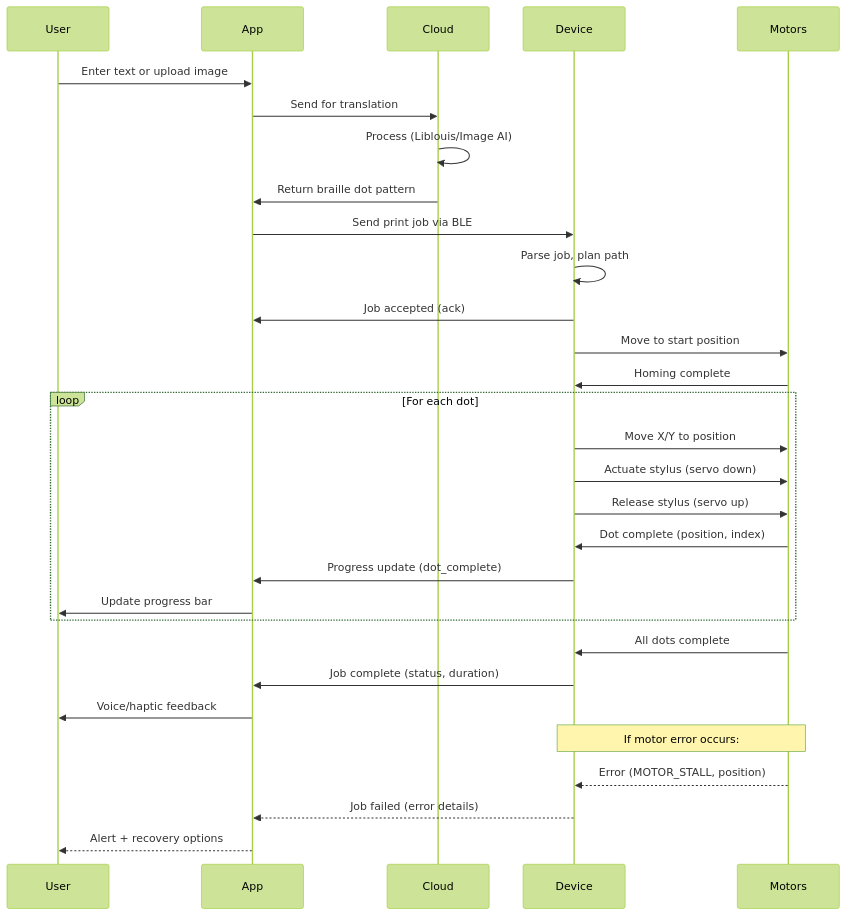
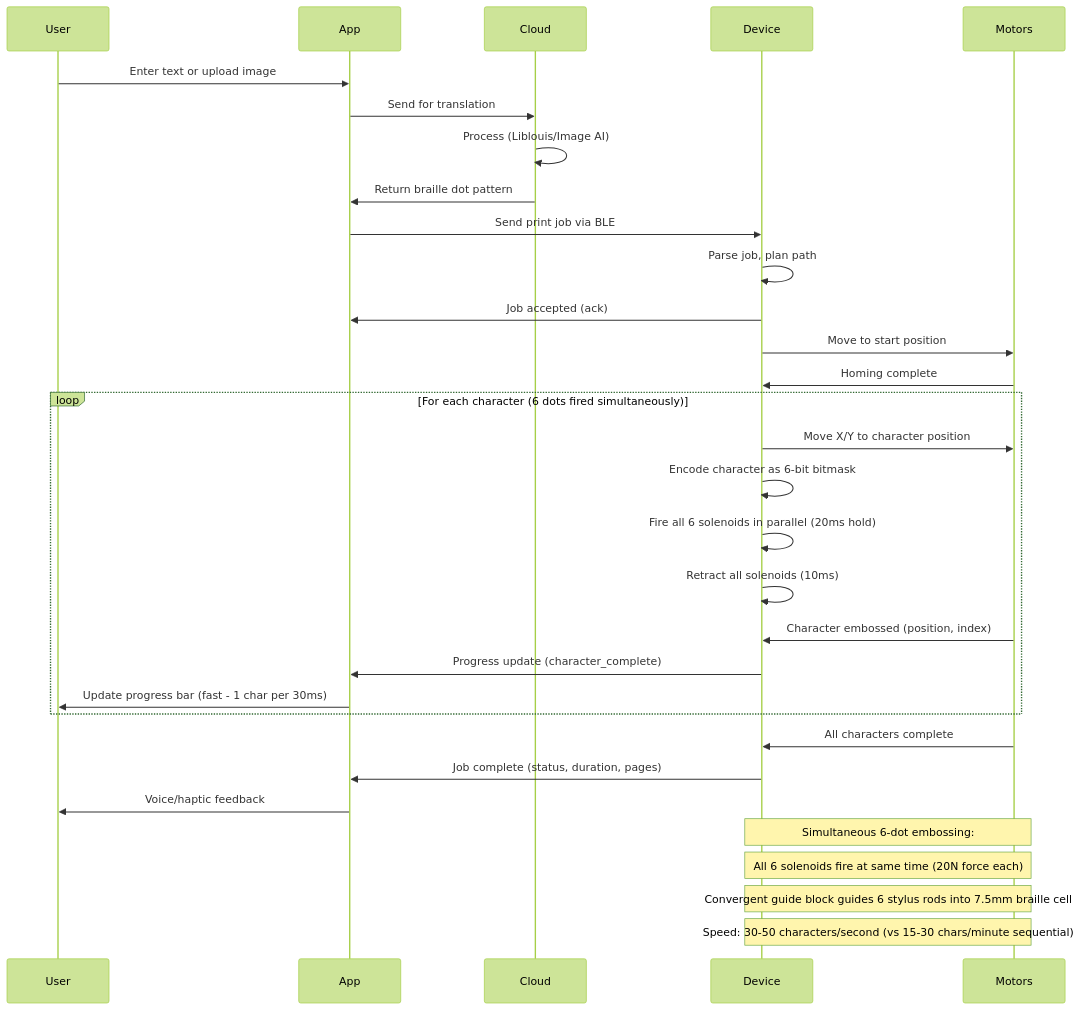
One commit to vikrantwiz02/DFP-13 changed the second of 5 diagrams in 04_System_Architecture.md. Above: the diagram before and after it, drawn with Mermaid (forest theme). The commit also changed other lines of this file and 5 other files, not shown here.

First line of the commit message:
Enhance mobile app specification and timeline milestones

````diff
--- a/04_System_Architecture.md
+++ b/04_System_Architecture.md
@@ -84,36 +84,37 @@
 ```mermaid
 sequenceDiagram
     participant User
     participant App
     participant Cloud
     participant Device
     participant Motors
     
     User->>App: Enter text or upload image
     App->>Cloud: Send for translation
     Cloud->>Cloud: Process (Liblouis/Image AI)
     Cloud->>App: Return braille dot pattern
     App->>Device: Send print job via BLE
     Device->>Device: Parse job, plan path
     Device->>App: Job accepted (ack)
     Device->>Motors: Move to start position
     Motors->>Device: Homing complete
     
-    loop For each dot
-        Device->>Motors: Move X/Y to position
-        Device->>Motors: Actuate stylus (servo down)
-        Device->>Motors: Release stylus (servo up)
-        Motors->>Device: Dot complete (position, index)
-        Device->>App: Progress update (dot_complete)
-        App->>User: Update progress bar
+    loop For each character (6 dots fired simultaneously)
+        Device->>Motors: Move X/Y to character position
+        Device->>Device: Encode character as 6-bit bitmask
+        Device->>Device: Fire all 6 solenoids in parallel (20ms hold)
+        Device->>Device: Retract all solenoids (10ms)
+        Motors->>Device: Character embossed (position, index)
+        Device->>App: Progress update (character_complete)
+        App->>User: Update progress bar (fast - 1 char per 30ms)
     end
     
-    Motors->>Device: All dots complete
-    Device->>App: Job complete (status, duration)
+    Motors->>Device: All characters complete
+    Device->>App: Job complete (status, duration, pages)
     App->>User: Voice/haptic feedback
     
-    Note over Motors,Device: If motor error occurs:
-    Motors-->>Device: Error (MOTOR_STALL, position)
-    Device-->>App: Job failed (error details)
-    App-->>User: Alert + recovery options
+    Note over Motors,Device: Simultaneous 6-dot embossing:
+    Note over Motors,Device: All 6 solenoids fire at same time (20N force each)
+    Note over Motors,Device: Convergent guide block guides 6 stylus rods into 7.5mm braille cell
+    Note over Motors,Device: Speed: 30-50 characters/second (vs 15-30 chars/minute sequential)
 ```
````
